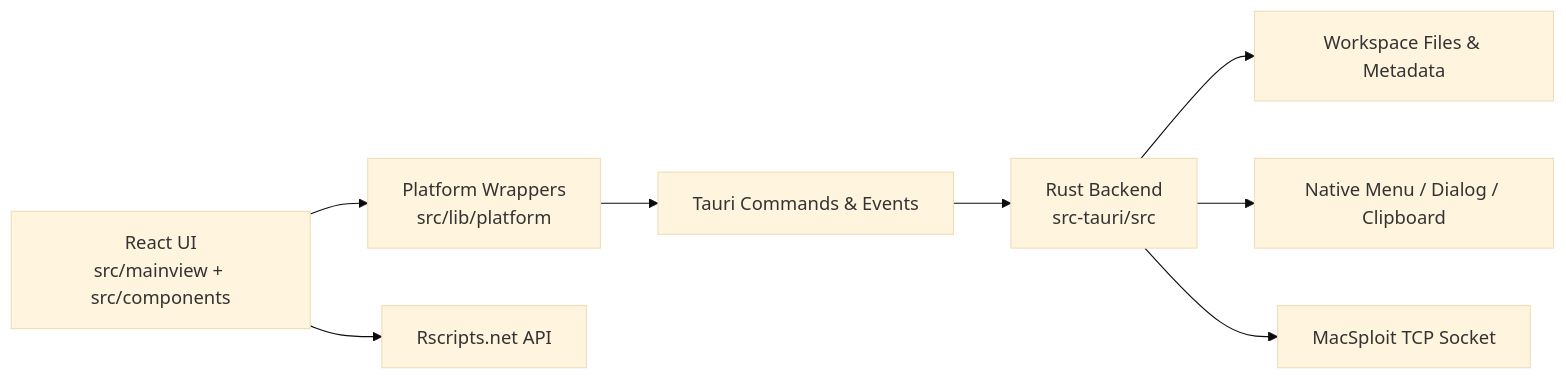
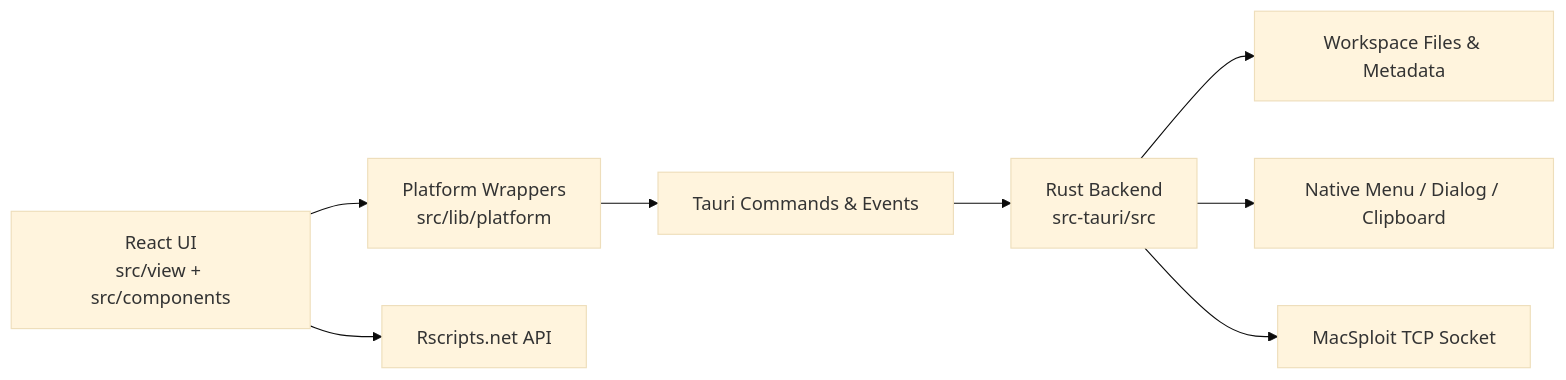
The diagram in README.md (FrozenProductions/Fumi), drawn with Mermaid (base theme) before and after one commit. The commit also changed other lines of this file and 7 other files, not shown here.

Commit message:
[🗃️] Rename mainview to view

````diff
--- a/README.md
+++ b/README.md
@@ -66,10 +66,10 @@
 ```mermaid
 flowchart LR
-    UI["React UI<br/>src/mainview + src/components"] --> Platform["Platform Wrappers<br/>src/lib/platform"]
+    UI["React UI<br/>src/view + src/components"] --> Platform["Platform Wrappers<br/>src/lib/platform"]
     UI --> Library["Rscripts.net API"]
     Platform --> Tauri["Tauri Commands & Events"]
     Tauri --> Backend["Rust Backend<br/>src-tauri/src"]
     Backend --> Files["Workspace Files & Metadata"]
     Backend --> Native["Native Menu / Dialog / Clipboard"]
     Backend --> Socket["MacSploit TCP Socket"]
 ```
````
